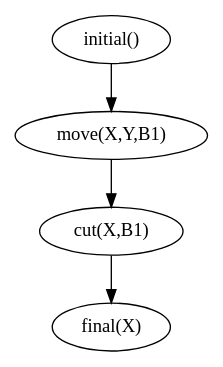
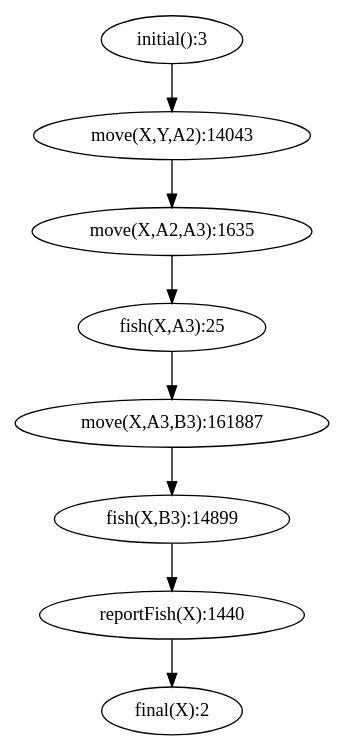
Before and after one commit to tokyramarozaka/mimosa-iriela-extension: the diagram in output/simplified.png.dot, drawn with Graphviz. The commit also changed 28 other files, not shown here.

```diff
--- a/output/simplified.png.dot
+++ b/output/simplified.png.dot
@@ -1,5 +1,9 @@
 digraph G { 
-  "initial()" -> "move(X,Y,B1)";
-  "cut(X,B1)" -> "final(X)";
-  "move(X,Y,B1)" -> "cut(X,B1)";
+  "initial():3" -> "move(X,Y,A2):14043";
+  "fish(X,A3):25" -> "move(X,A3,B3):161887";
+  "reportFish(X):1440" -> "final(X):2";
+  "move(X,A2,A3):1635" -> "fish(X,A3):25";
+  "move(X,Y,A2):14043" -> "move(X,A2,A3):1635";
+  "fish(X,B3):14899" -> "reportFish(X):1440";
+  "move(X,A3,B3):161887" -> "fish(X,B3):14899";
 }
```
